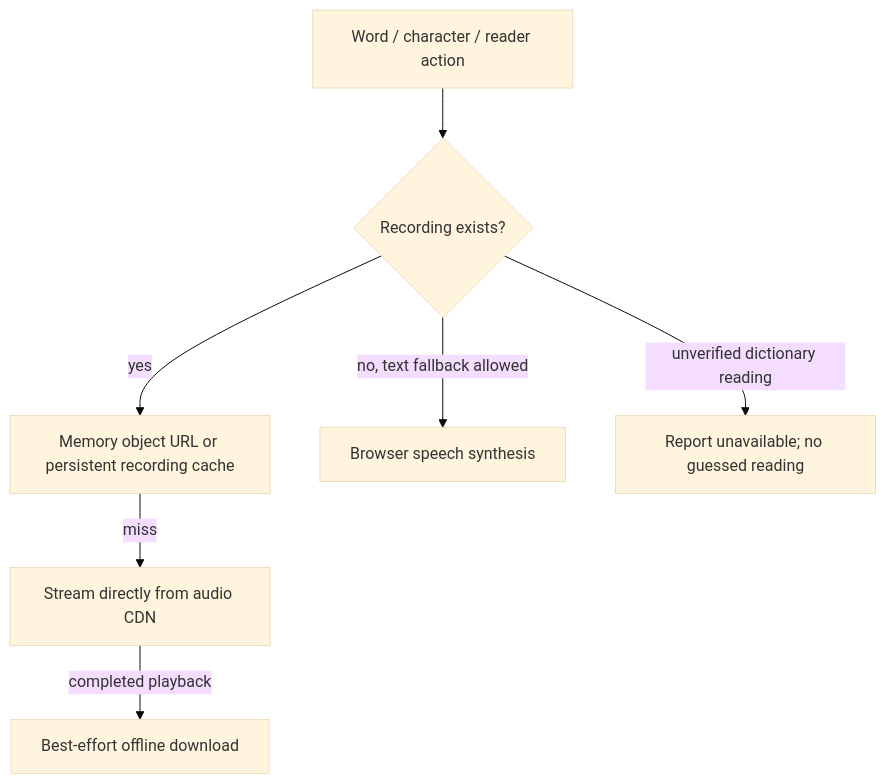
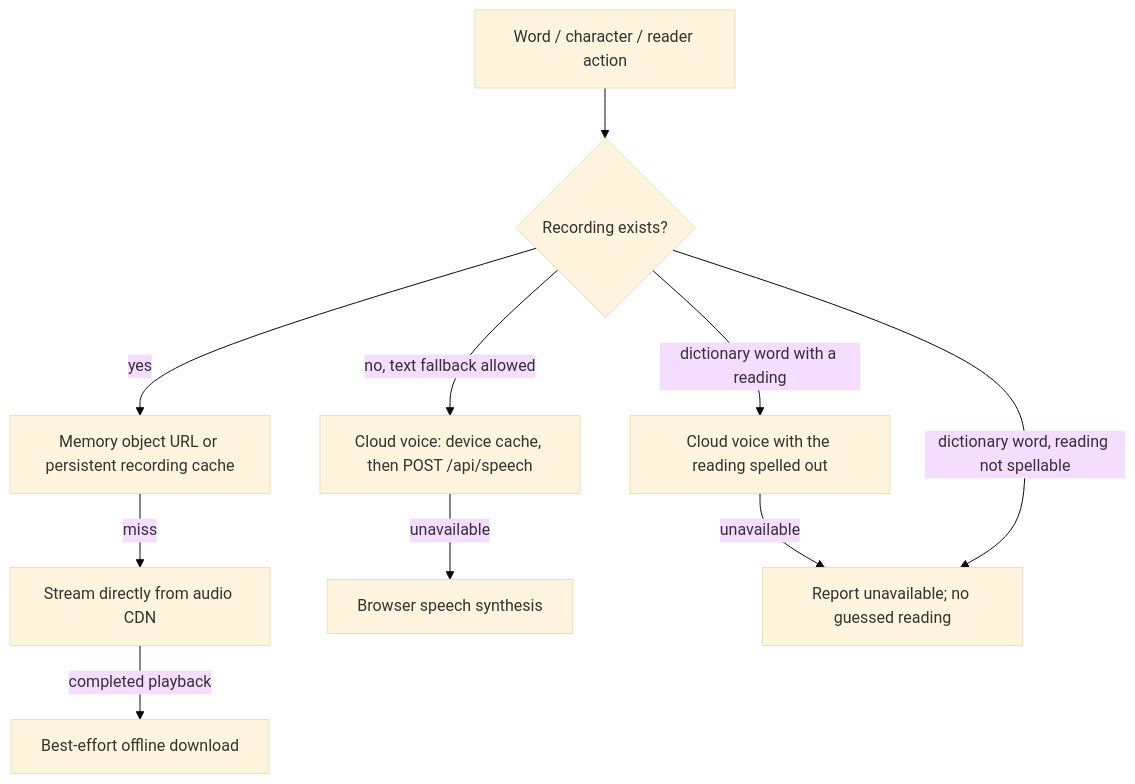
One commit to rongicalol-art/rongwaps changed the diagram in docs/API_SPEC.md. Above: the diagram before and after it, drawn with Mermaid (base theme). The commit also changed other lines of this file and 16 other files, not shown here.

First line of the commit message:
feat(audio): a cloud voice says Chinese that has no recording

````diff
--- a/docs/API_SPEC.md
+++ b/docs/API_SPEC.md
@@ -94,9 +112,12 @@
 ```mermaid
 flowchart TD
   A[Word / character / reader action] --> B{Recording exists?}
   B -->|yes| C[Memory object URL or persistent recording cache]
   C -->|miss| D[Stream directly from audio CDN]
   D -->|completed playback| E[Best-effort offline download]
-  B -->|no, text fallback allowed| F[Browser speech synthesis]
-  B -->|unverified dictionary reading| J[Report unavailable; no guessed reading]
+  B -->|no, text fallback allowed| G[Cloud voice: device cache, then POST /api/speech]
+  G -->|unavailable| F[Browser speech synthesis]
+  B -->|dictionary word with a reading| K[Cloud voice with the reading spelled out]
+  K -->|unavailable| J
+  B -->|dictionary word, reading not spellable| J[Report unavailable; no guessed reading]
 ```
````
